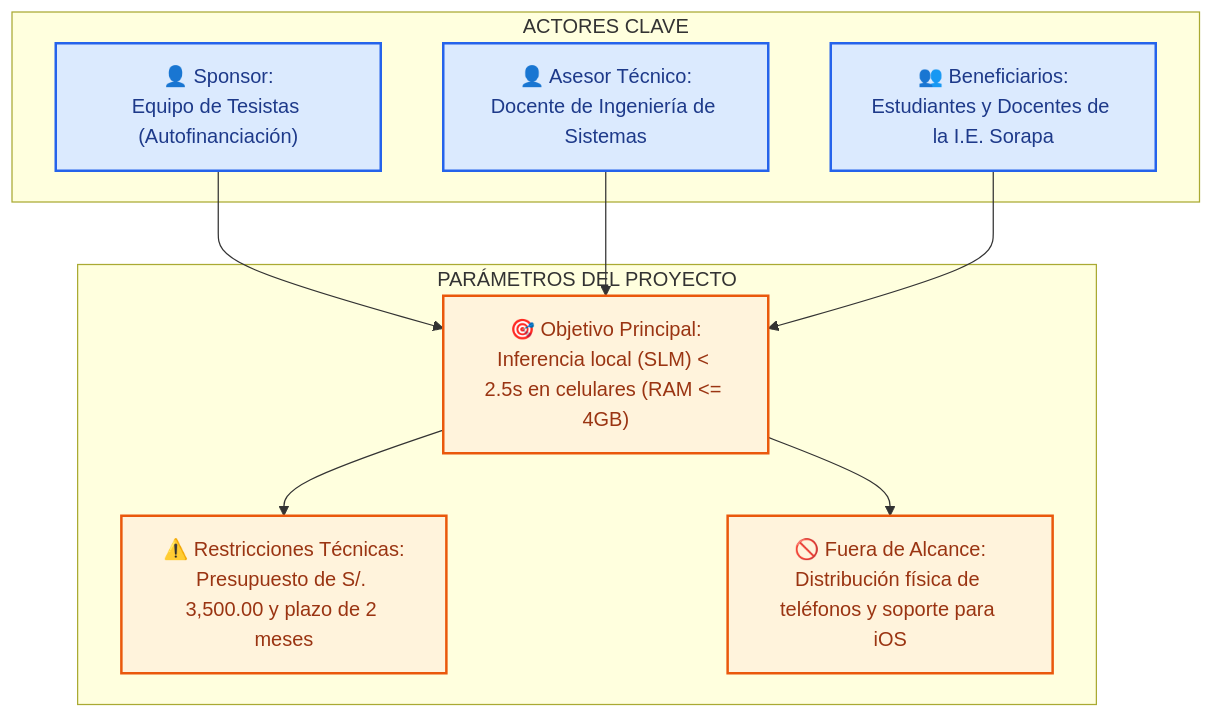
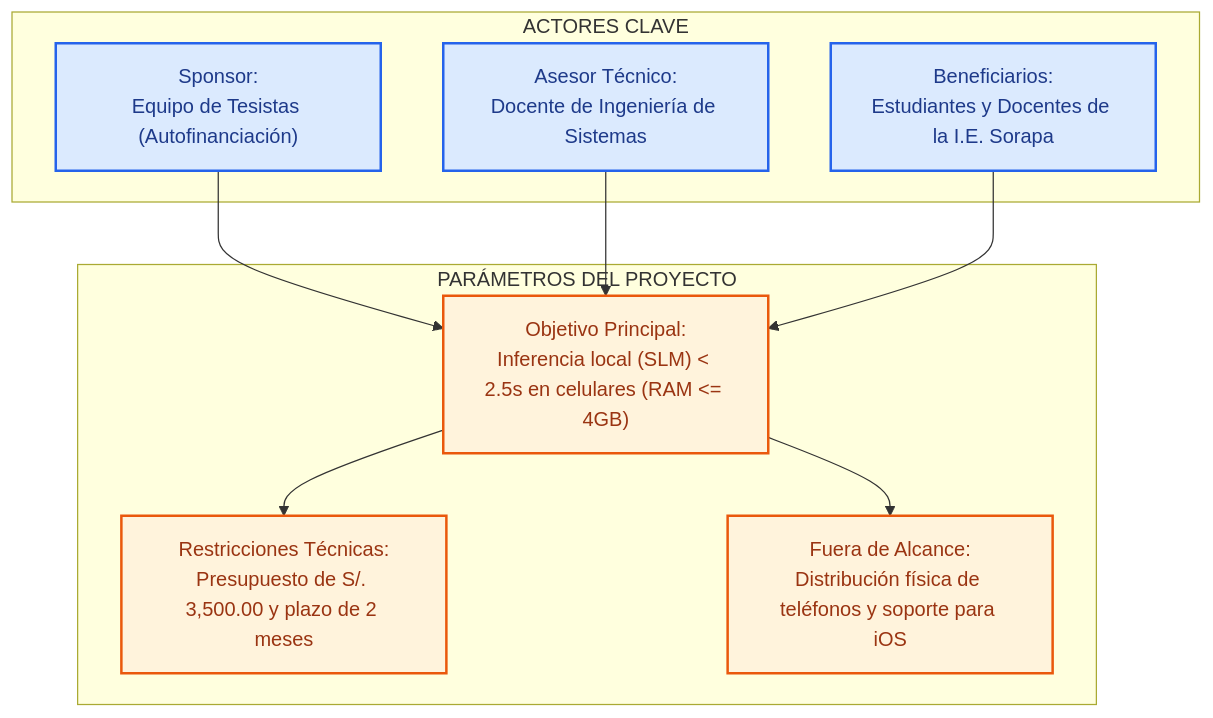
One commit to jhanslarico11/Perfil-de-Egreso changed the first of 5 diagrams in docs/ChristianRafaelMamaniCallata/entregable3.md. Above: the diagram before and after it, drawn with Mermaid. The commit also changed other lines of this file and 4 other files, not shown here.

Commit message:
Remocion de emojis de los diagramas Mermaid para una apariencia academica limpia

````diff
--- a/docs/ChristianRafaelMamaniCallata/entregable3.md
+++ b/docs/ChristianRafaelMamaniCallata/entregable3.md
@@ -162,23 +162,23 @@
 ```mermaid
 graph TD
     classDef actor fill:#dbeafe,stroke:#2563eb,stroke-width:2px,color:#1e3a8a;
     classDef limit fill:#fff3dc,stroke:#ea580c,stroke-width:2px,color:#9a3412;
 
     subgraph ACTORES CLAVE
-        S["👤 Sponsor:<br>Equipo de Tesistas (Autofinanciación)"]:::actor
-        A["👤 Asesor Técnico:<br>Docente de Ingeniería de Sistemas"]:::actor
-        B["👥 Beneficiarios:<br>Estudiantes y Docentes de la I.E. Sorapa"]:::actor
+        S["Sponsor:<br>Equipo de Tesistas (Autofinanciación)"]:::actor
+        A["Asesor Técnico:<br>Docente de Ingeniería de Sistemas"]:::actor
+        B["Beneficiarios:<br>Estudiantes y Docentes de la I.E. Sorapa"]:::actor
     end
 
     subgraph PARÁMETROS DEL PROYECTO
-        Obj["🎯 Objetivo Principal:<br>Inferencia local (SLM) < 2.5s en celulares (RAM <= 4GB)"]:::limit
-        Rest["⚠️ Restricciones Técnicas:<br>Presupuesto de S/. 3,500.00 y plazo de 2 meses"]:::limit
-        Exc["🚫 Fuera de Alcance:<br>Distribución física de teléfonos y soporte para iOS"]:::limit
+        Obj["Objetivo Principal:<br>Inferencia local (SLM) < 2.5s en celulares (RAM <= 4GB)"]:::limit
+        Rest["Restricciones Técnicas:<br>Presupuesto de S/. 3,500.00 y plazo de 2 meses"]:::limit
+        Exc["Fuera de Alcance:<br>Distribución física de teléfonos y soporte para iOS"]:::limit
     end
 
     S --> Obj
     A --> Obj
     B --> Obj
     Obj --> Rest
     Obj --> Exc
 ```
````
